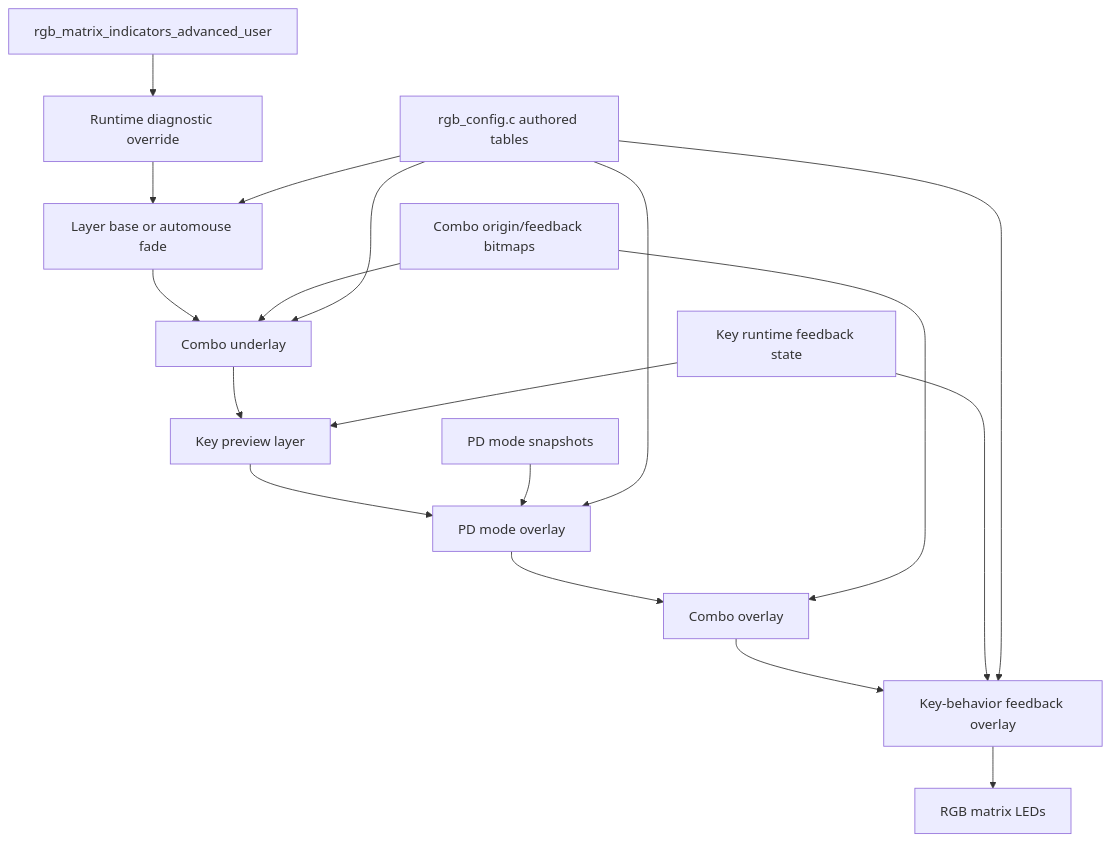
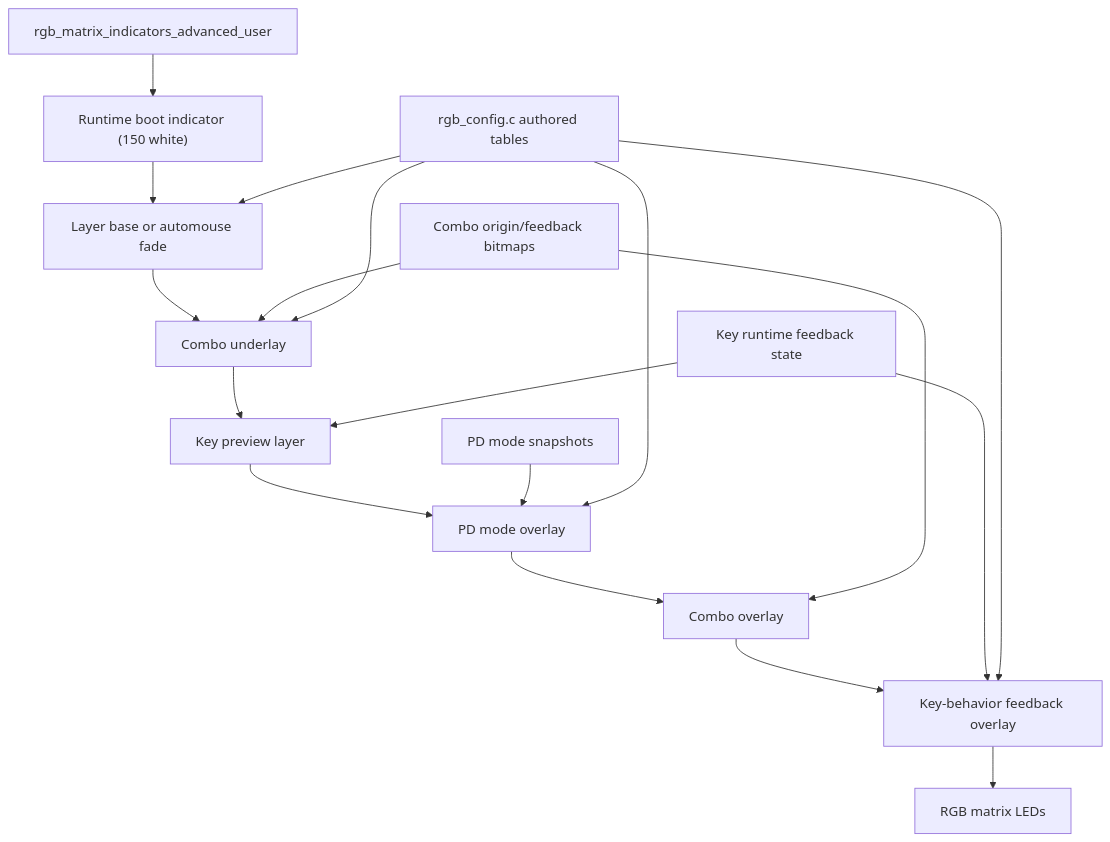
One commit to NoahCLR/charybdis-4x6 changed the seventh of 10 diagrams in docs/architecture/runtime-flow.md. Above: the diagram before and after it, drawn with Mermaid. The commit also changed other lines of this file and 27 other files, not shown here.

````diff
--- a/docs/architecture/runtime-flow.md
+++ b/docs/architecture/runtime-flow.md
@@ -144,20 +144,20 @@
 ```mermaid
 flowchart TD
-    rgb_hook["rgb_matrix_indicators_advanced_user"] --> diag["Runtime diagnostic override"]
+    rgb_hook["rgb_matrix_indicators_advanced_user"] --> diag["Runtime boot indicator (150 white)"]
     diag --> base["Layer base or automouse fade"]
     base --> combo_under["Combo underlay"]
     combo_under --> preview["Key preview layer"]
     preview --> pd["PD mode overlay"]
     pd --> combo_overlay["Combo overlay"]
     combo_overlay --> key_feedback["Key-behavior feedback overlay"]
     key_feedback --> leds["RGB matrix LEDs"]
     key_runtime["Key runtime feedback state"] --> preview
     key_runtime --> key_feedback
     combo["Combo origin/feedback bitmaps"] --> combo_under
     combo --> combo_overlay
     pd_state["PD mode snapshots"] --> pd
     authored["rgb_config.c authored tables"] --> base
     authored --> pd
     authored --> combo_under
     authored --> key_feedback
 ```
````
